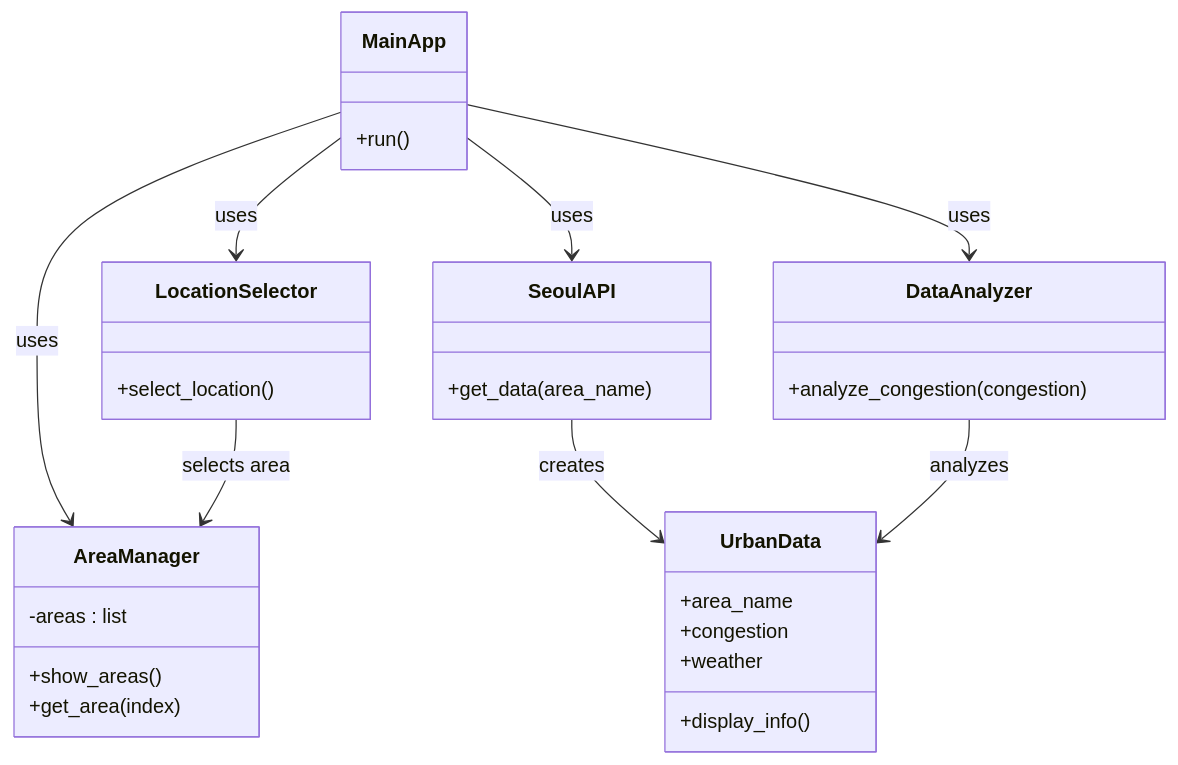
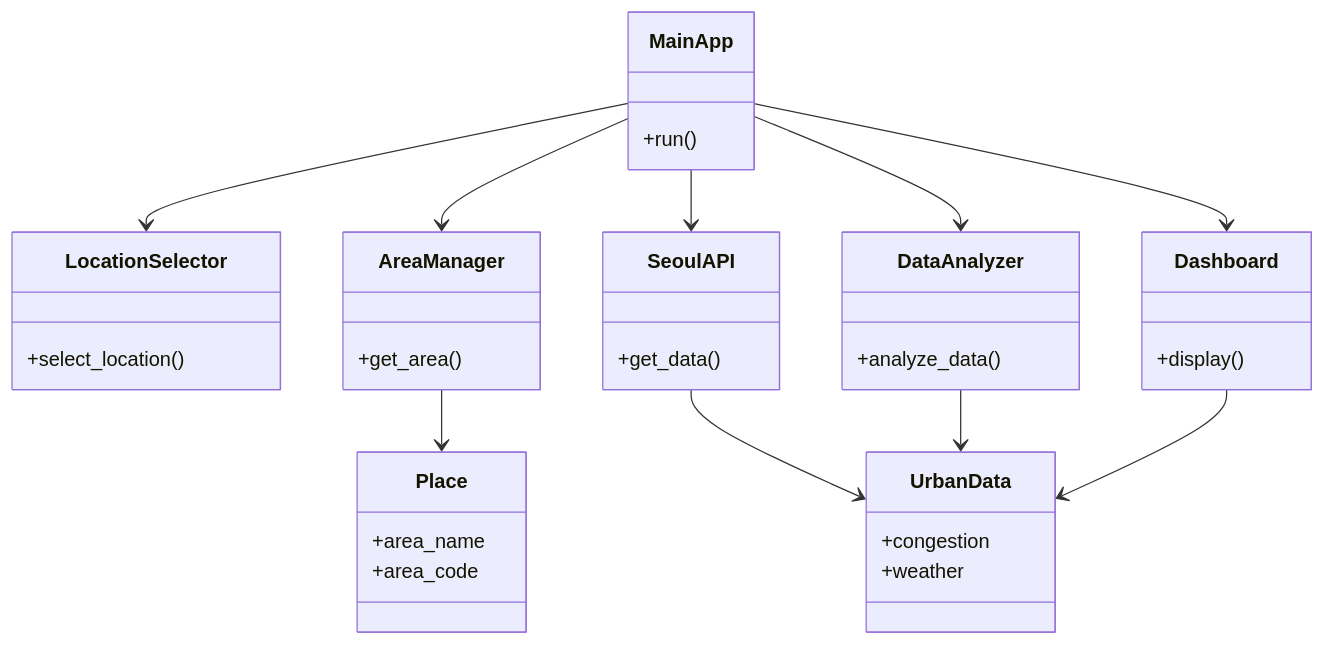
Before and after one commit to Ginaeyo/Seoul-Real-Time-Urban-Data: the diagram in README.md, drawn with Mermaid. The commit also changed other lines of this file, not shown here.

Commit message:
Update README with new classes and project structure
Added new classes Place and Dashboard to the README, updated project structure and class diagram.

````diff
--- a/README.md
+++ b/README.md
@@ -79,41 +90,48 @@
 ```mermaid
 classDiagram
 
-class MainApp {
+class MainApp{
     +run()
 }
 
-class LocationSelector {
+class LocationSelector{
     +select_location()
 }
 
-class AreaManager {
-    -areas : list
-    +show_areas()
-    +get_area(index)
+class AreaManager{
+    +get_area()
 }
 
-class SeoulAPI {
-    +get_data(area_name)
+class Place{
+    +area_name
+    +area_code
 }
 
-class UrbanData {
-    +area_name
+class SeoulAPI{
+    +get_data()
+}
+
+class UrbanData{
     +congestion
     +weather
-    +display_info()
 }
 
-class DataAnalyzer {
-    +analyze_congestion(congestion)
+class DataAnalyzer{
+    +analyze_data()
 }
 
-MainApp --> LocationSelector : uses
-MainApp --> AreaManager : uses
-MainApp --> SeoulAPI : uses
-MainApp --> DataAnalyzer : uses
+class Dashboard{
+    +display()
+}
 
-LocationSelector --> AreaManager : selects area
-SeoulAPI --> UrbanData : creates
-DataAnalyzer --> UrbanData : analyzes
+MainApp --> LocationSelector
+MainApp --> AreaManager
+MainApp --> SeoulAPI
+MainApp --> DataAnalyzer
+MainApp --> Dashboard
+
+AreaManager --> Place
+SeoulAPI --> UrbanData
+DataAnalyzer --> UrbanData
+Dashboard --> UrbanData
 ```
````
